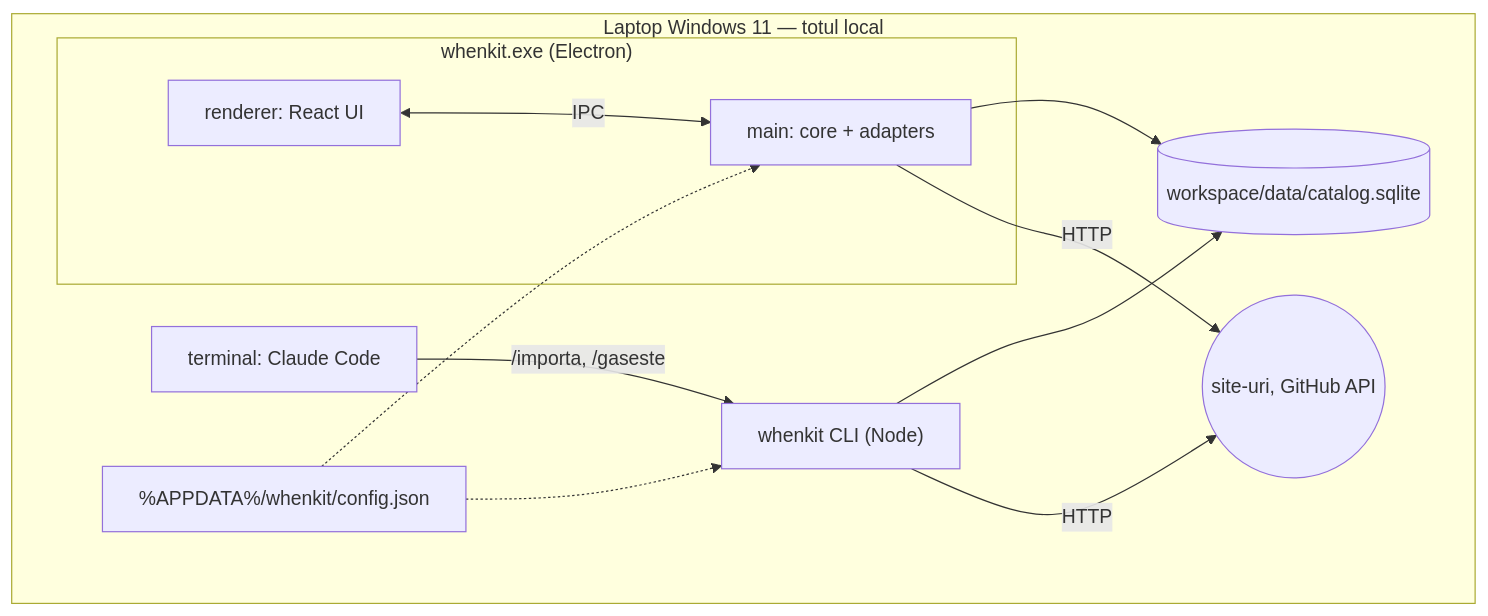
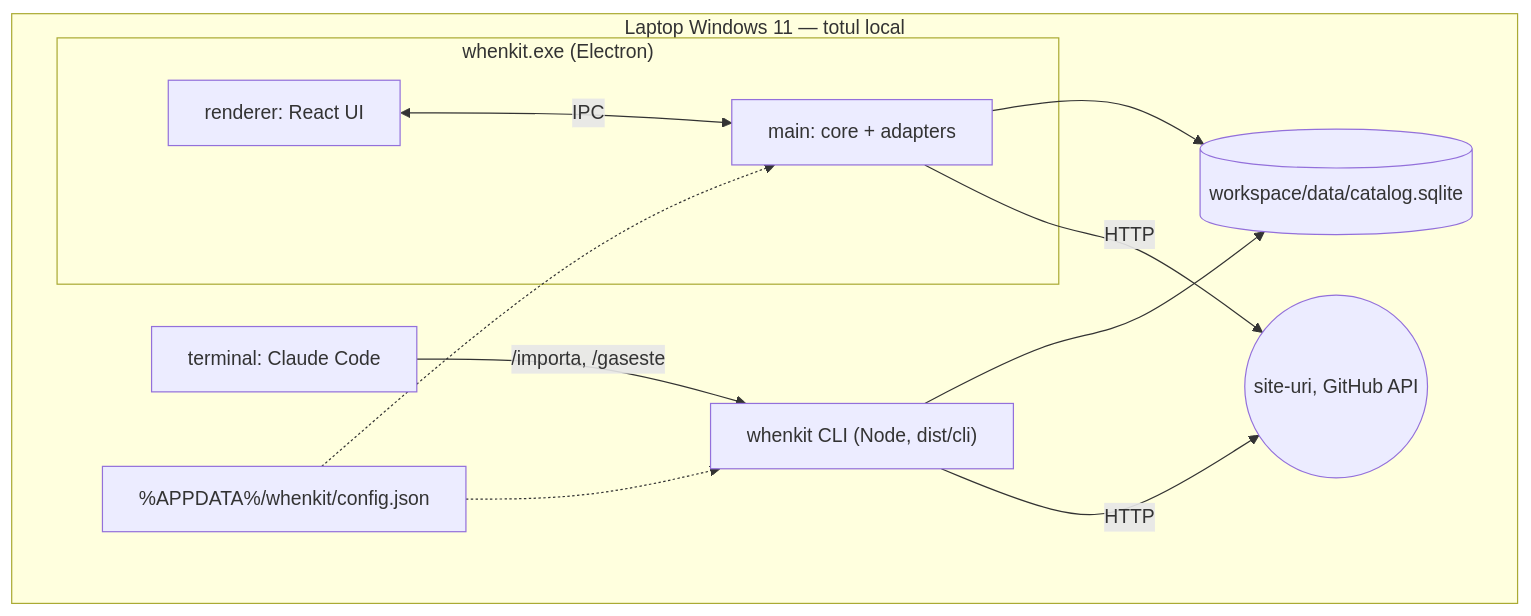
One commit to Lwcka/whenkit changed the second of 3 diagrams in _bmad-output/initiative-whenkit-mvp/architecture-whenkit/architecture-whenkit.md. Above: the diagram before and after it, drawn with Mermaid. The commit also changed other lines of this file and 16 other files, not shown here.

````diff
--- a/_bmad-output/initiative-whenkit-mvp/architecture-whenkit/architecture-whenkit.md
+++ b/_bmad-output/initiative-whenkit-mvp/architecture-whenkit/architecture-whenkit.md
@@ -172,15 +224,15 @@
 ```mermaid
 flowchart TB
   subgraph laptop["Laptop Windows 11 — totul local"]
     subgraph app["whenkit.exe (Electron)"]
       R["renderer: React UI"] <-->|IPC| M["main: core + adapters"]
     end
-    C["terminal: Claude Code"] -->|"/importa, /gaseste"| CLI["whenkit CLI (Node)"]
+    C["terminal: Claude Code"] -->|"/importa, /gaseste"| CLI["whenkit CLI (Node, dist/cli)"]
     CLI --> DB[("workspace/data/catalog.sqlite")]
     M --> DB
     M -->|HTTP| NET(("site-uri, GitHub API"))
     CLI -->|HTTP| NET
     CFG["%APPDATA%/whenkit/config.json"] -.-> CLI
     CFG -.-> M
   end
 ```
````
